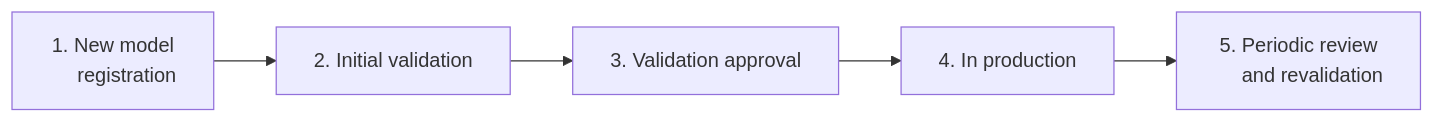
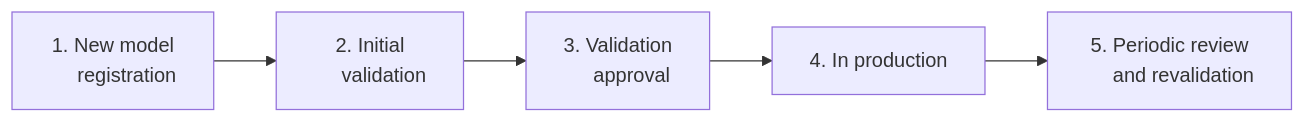
The diagram in site/guide/get-started.qmd (validmind/documentation), drawn with Mermaid before and after one commit. The commit also changed other lines of this file and 51 other files, not shown here.

````diff
--- a/site/guide/get-started.qmd
+++ b/site/guide/get-started.qmd
@@ -52,7 +46,7 @@
 ```{mermaid}
 graph LR
-    A[1. New model<br>&nbsp;&nbsp;&nbsp;&nbsp;&nbsp;registration] --> B[2. Initial validation]
-    B --> C[3. Validation approval]
+    A[1. New model<br>&nbsp;&nbsp;&nbsp;&nbsp;&nbsp;registration] --> B[2. Initial<br>&nbsp;&nbsp;&nbsp;&nbsp;&nbsp;validation]
+    B --> C[3. Validation<br>&nbsp;&nbsp;&nbsp;&nbsp;&nbsp;approval]
     C --> D[4. In production]
     D --> E[5. Periodic review<br>&nbsp;&nbsp;&nbsp;&nbsp;&nbsp;and revalidation]
 ```
````
